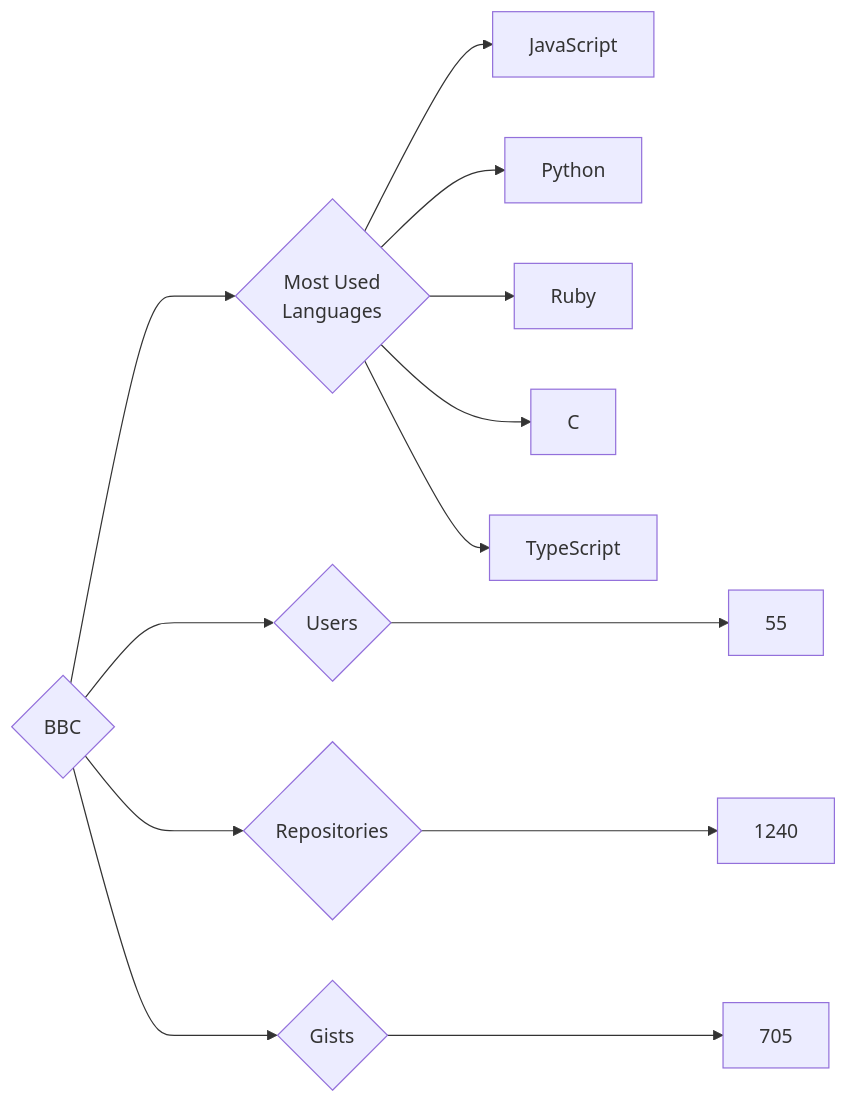
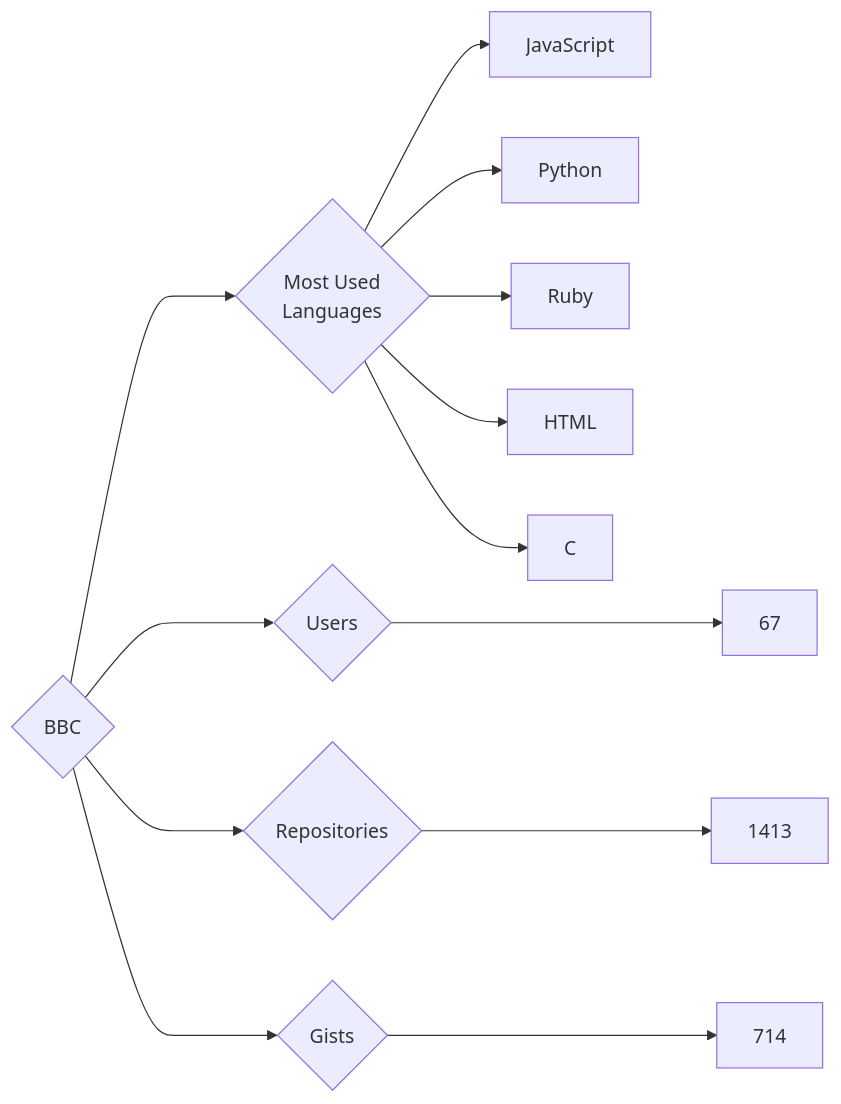
One commit to trickest/insiders changed the diagram in targets/BBC/README.md. Above: the diagram before and after it, drawn with Mermaid. The commit also changed 916 other files, not shown here.

````diff
--- a/targets/BBC/README.md
+++ b/targets/BBC/README.md
@@ -3,13 +3,13 @@
 ```mermaid
 graph LR
 COMPANY_NAME{BBC}
-COMPANY_NAME ---> U{Users} ---> UN[55]
-COMPANY_NAME ---> R{Repositories} ---> RN[1240]
-COMPANY_NAME ---> G{Gists} ---> GN[705]
+COMPANY_NAME ---> U{Users} ---> UN[67]
+COMPANY_NAME ---> R{Repositories} ---> RN[1413]
+COMPANY_NAME ---> G{Gists} ---> GN[714]
 COMPANY_NAME ---> ML{Most Used<br>Languages}
 ML --> JavaScript[JavaScript]
 ML --> Python[Python]
 ML --> Ruby[Ruby]
+ML --> HTML[HTML]
 ML --> C[C]
-ML --> TypeScript[TypeScript]
 ```
````
